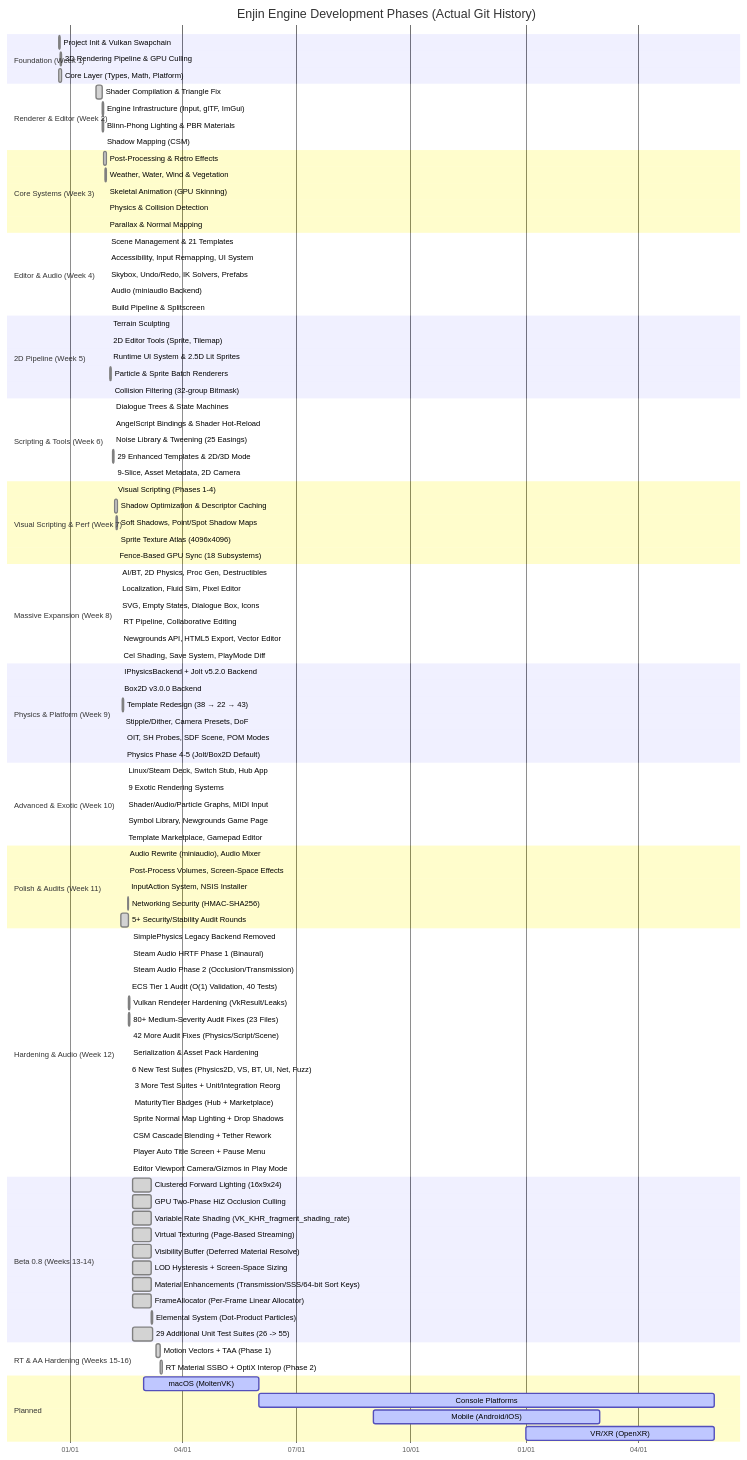
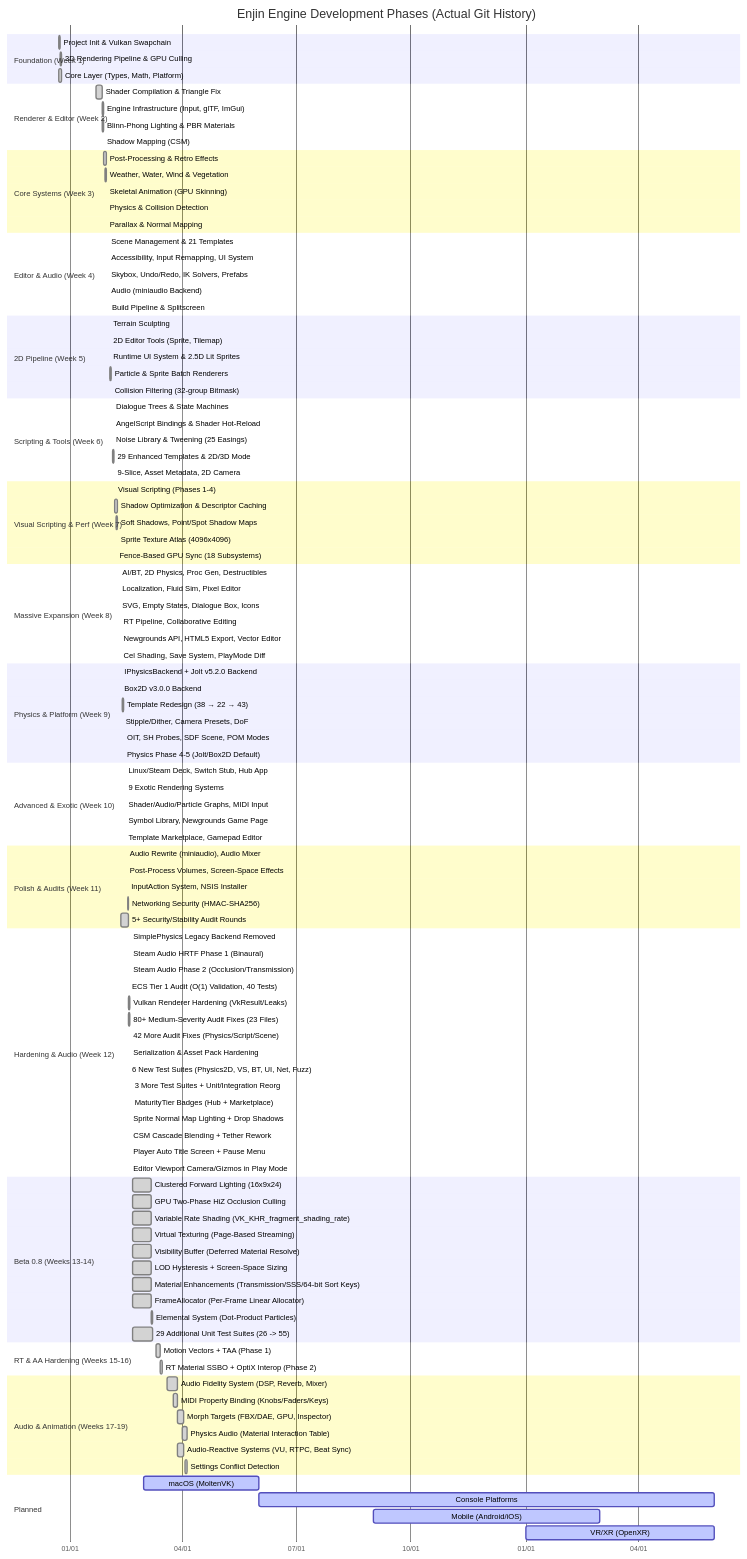
Before and after one commit to MartyChouette/TEGE: the second of 5 diagrams in docs/ENGINE_ANALYSIS.md, drawn with Mermaid. The commit also changed other lines of this file and 19 other files, not shown here.

```diff
--- a/docs/ENGINE_ANALYSIS.md
+++ b/docs/ENGINE_ANALYSIS.md
@@ -556,6 +559,14 @@
     Motion Vectors + TAA (Phase 1)              :done, rt1, 2026-03-11, 2026-03-14
     RT Material SSBO + OptiX Interop (Phase 2)  :done, rt2, 2026-03-14, 2026-03-16
 
+    section Audio & Animation (Weeks 17-19)
+    Audio Fidelity System (DSP, Reverb, Mixer)  :done, af1, 2026-03-20, 2026-03-28
+    MIDI Property Binding (Knobs/Faders/Keys)   :done, af2, 2026-03-25, 2026-03-28
+    Morph Targets (FBX/DAE, GPU, Inspector)     :done, af3, 2026-03-28, 2026-04-02
+    Physics Audio (Material Interaction Table)  :done, af4, 2026-04-01, 2026-04-05
+    Audio-Reactive Systems (VU, RTPC, Beat Sync):done, af5, 2026-03-28, 2026-04-02
+    Settings Conflict Detection                 :done, af6, 2026-04-03, 2026-04-05
+
     section Planned
     macOS (MoltenVK)                            :active, pl1, 2026-03-01, 2026-06-01
     Console Platforms                           :active, pl2, 2026-06-01, 2027-06-01
```
